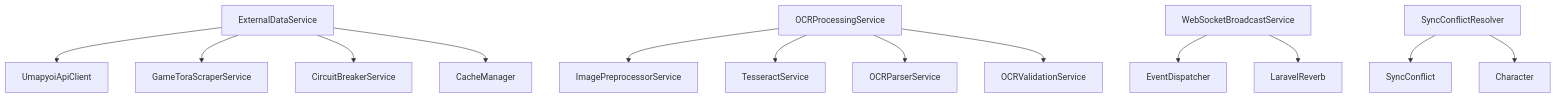
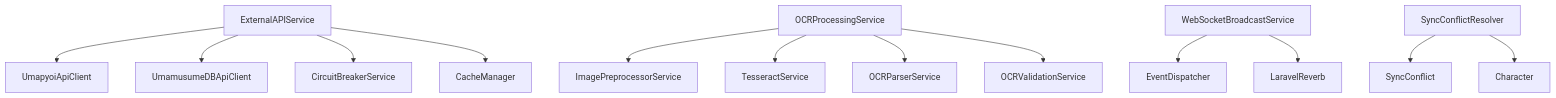
Before and after one commit to exatfrds67/umamusume-career-planner: the eighth of 9 diagrams in docs/01-tech-flow/TECH-FLOW-007_External_Integration_Flow.md, drawn with Mermaid. The commit also changed other lines of this file and 58 other files, not shown here.

Commit message:
docs(flow): fix markdownlint errors in diagrams, flows, sequences, tech-flow, user-flows, and wireframes

````diff
--- a/docs/01-tech-flow/TECH-FLOW-007_External_Integration_Flow.md
+++ b/docs/01-tech-flow/TECH-FLOW-007_External_Integration_Flow.md
@@ -1304,18 +1304,18 @@
 ```mermaid
 flowchart TD
-    ExternalDataService --> UmapyoiApiClient
-    ExternalDataService --> GameToraScraperService
-    ExternalDataService --> CircuitBreakerService
-    ExternalDataService --> CacheManager
+    ExternalAPIService --> UmapyoiApiClient
+    ExternalAPIService --> UmamusumeDBApiClient
+    ExternalAPIService --> CircuitBreakerService
+    ExternalAPIService --> CacheManager
     
     OCRProcessingService --> ImagePreprocessorService
     OCRProcessingService --> TesseractService
     OCRProcessingService --> OCRParserService
     OCRProcessingService --> OCRValidationService
     
     WebSocketBroadcastService --> EventDispatcher
     WebSocketBroadcastService --> LaravelReverb
     
     SyncConflictResolver --> SyncConflict
     SyncConflictResolver --> Character
 ```
````
